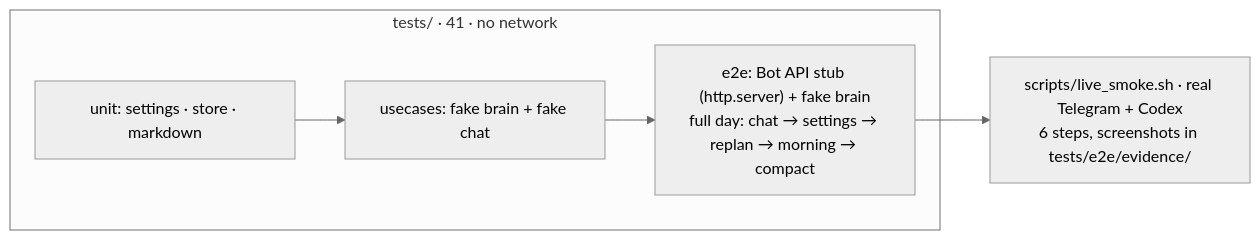
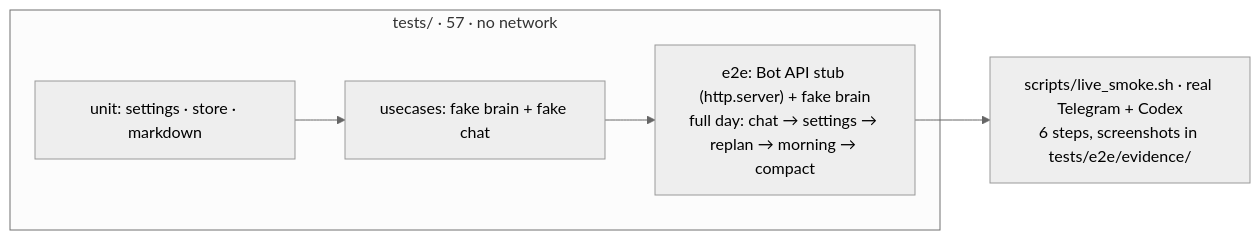
Before and after one commit to vovka/mentor-bot: diagram 15 of 17 in docs/ARCHITECTURE.md, drawn with Mermaid (neutral theme). The commit also changed other lines of this file and 22 other files, not shown here.

````diff
--- a/docs/ARCHITECTURE.md
+++ b/docs/ARCHITECTURE.md
@@ -259,8 +281,8 @@
 ```mermaid
 flowchart LR
-  subgraph "tests/ · 41 · no network"
+  subgraph "tests/ · 57 · no network"
     U[unit: settings · store · markdown] --> UC[usecases: fake brain + fake chat]
     UC --> E2E["e2e: Bot API stub (http.server) + fake brain<br/>full day: chat → settings → replan → morning → compact"]
   end
   E2E --> LIVE["scripts/live_smoke.sh · real Telegram + Codex<br/>6 steps, screenshots in tests/e2e/evidence/"]
 ```
````
